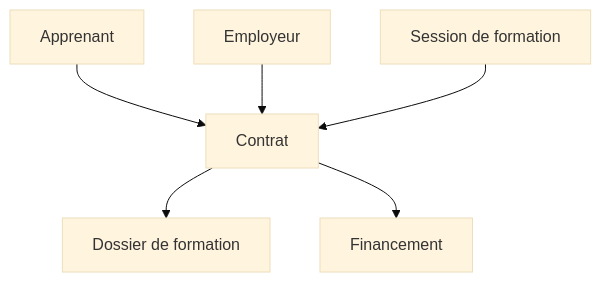
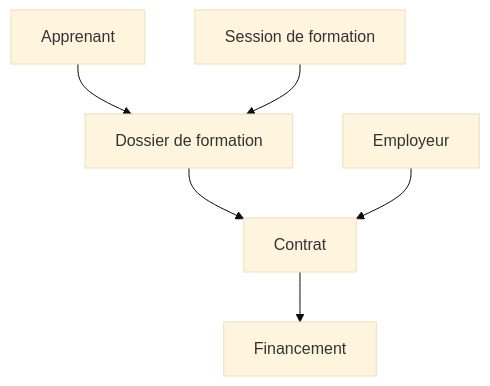
One commit to rtssolutions/documentation changed the diagram in documentations/contrats/02-definition-concepts-cles.md. Above: the diagram before and after it, drawn with Mermaid (base theme). The commit also changed other lines of this file and 8 other files, not shown here.

````diff
--- a/documentations/contrats/02-definition-concepts-cles.md
+++ b/documentations/contrats/02-definition-concepts-cles.md
@@ -52,8 +56,8 @@
 ```mermaid "max-w-2xl"
 graph TD
-    A[Apprenant] --> C[Contrat]
+    A[Apprenant] --> D[Dossier de formation]
+    S[Session de formation] --> D
+    D --> C[Contrat]
     E[Employeur] --> C
-    S[Session de formation] --> C
-    C --> D[Dossier de formation]
     C --> F[Financement]
 ```
````
